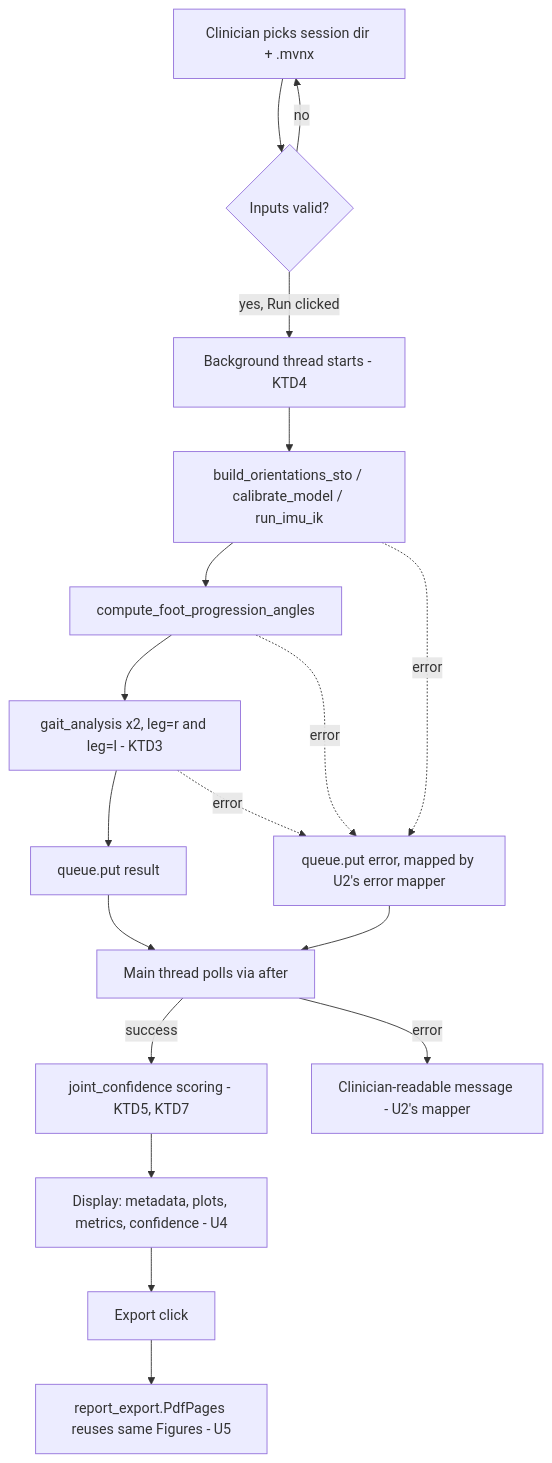
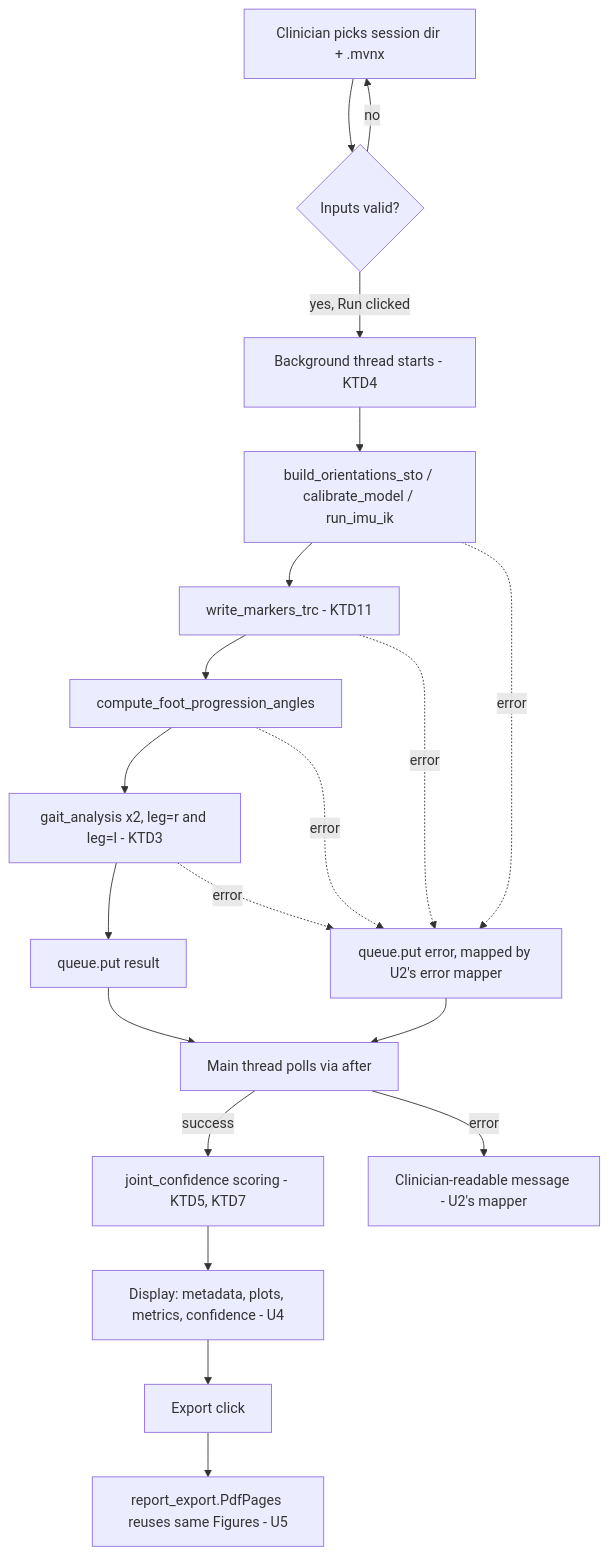
One commit to cekennedy04/synergy changed the diagram in docs/plans/2026-08-20-001-feat-clinician-trial-report-gui-plan.md. Above: the diagram before and after it, drawn with Mermaid. The commit also changed other lines of this file and 3 other files, not shown here.

````diff
--- a/docs/plans/2026-08-20-001-feat-clinician-trial-report-gui-plan.md
+++ b/docs/plans/2026-08-20-001-feat-clinician-trial-report-gui-plan.md
@@ -133,20 +134,22 @@
 ```mermaid
 flowchart TB
     A[Clinician picks session dir + .mvnx] --> B{Inputs valid?}
     B -->|no| A
     B -->|yes, Run clicked| C[Background thread starts - KTD4]
     C --> D[build_orientations_sto / calibrate_model / run_imu_ik]
-    D --> E[compute_foot_progression_angles]
+    D --> T[write_markers_trc - KTD11]
+    T --> E[compute_foot_progression_angles]
     E --> F["gait_analysis x2, leg=r and leg=l - KTD3"]
     F --> H[queue.put result]
     D -.error.-> X[queue.put error, mapped by U2's error mapper]
+    T -.error.-> X
     E -.error.-> X
     F -.error.-> X
     H --> I[Main thread polls via after]
     X --> I
     I -->|success| J[joint_confidence scoring - KTD5, KTD7]
     J --> K[Display: metadata, plots, metrics, confidence - U4]
     I -->|error| L[Clinician-readable message - U2's mapper]
     K --> M[Export click]
     M --> N[report_export.PdfPages reuses same Figures - U5]
 ```
````
